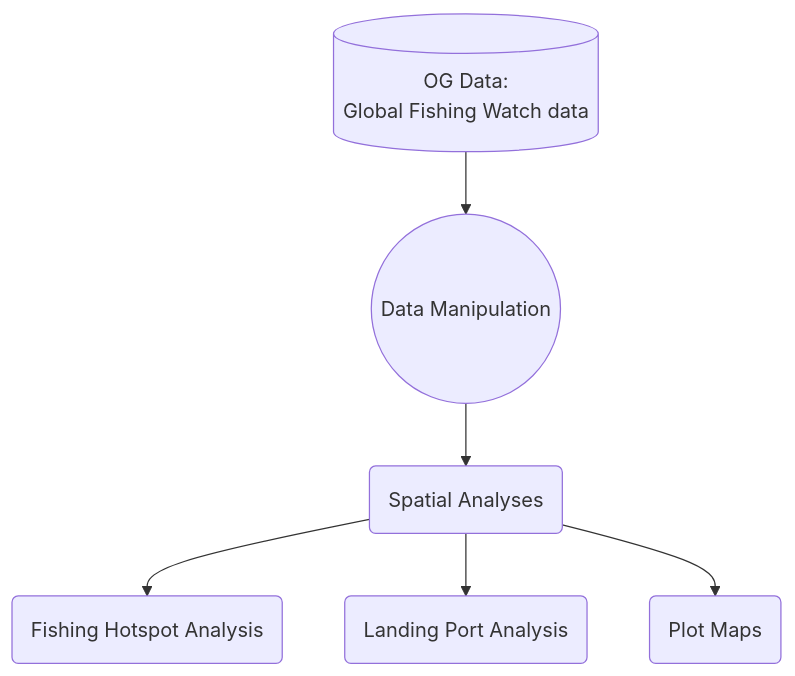
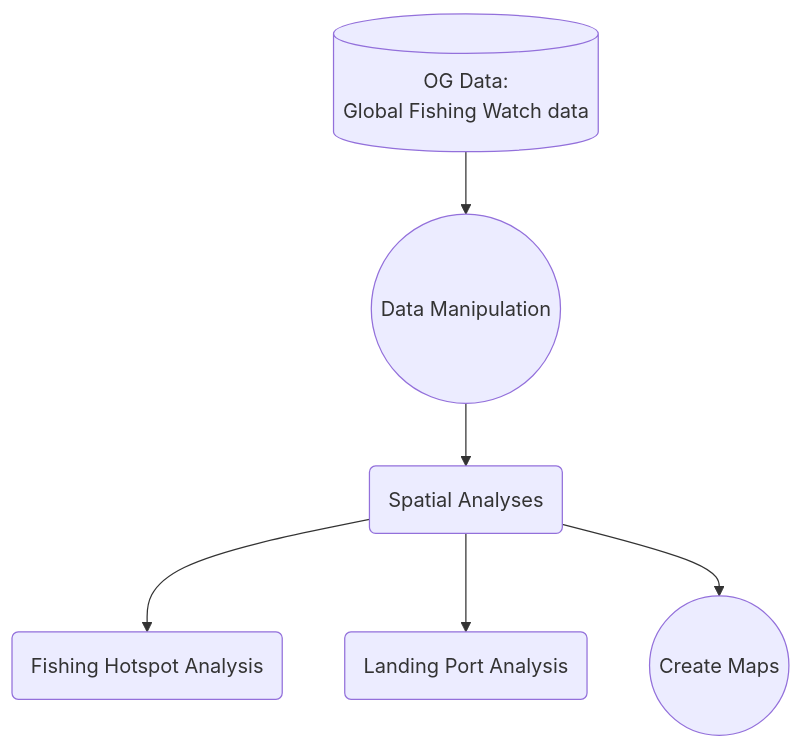
One commit to cake-oh/supply-chain changed the diagram in mermaid_trial.md. Above: the diagram before and after it, drawn with Mermaid.

````diff
--- a/mermaid_trial.md
+++ b/mermaid_trial.md
@@ -4,12 +4,12 @@
 ``` mermaid
 flowchart TD
 
 id1[(OG Data: \nGlobal Fishing Watch data)] --> id2((Data Manipulation))
-id2((Data Manipulation)) --> id3(Spatial Analyses)
+id2((Data Manipulation)) --> id3((Spatial Analyses))
 id3(Spatial Analyses) --> id4(Fishing Hotspot Analysis)
 id3(Spatial Analyses) --> id5(Landing Port Analysis)
-id3(Spatial Analyses) --> id6(Plot Maps)
+id3(Spatial Analyses) --> id6((Create Maps))
 
 
 
 ```
````
